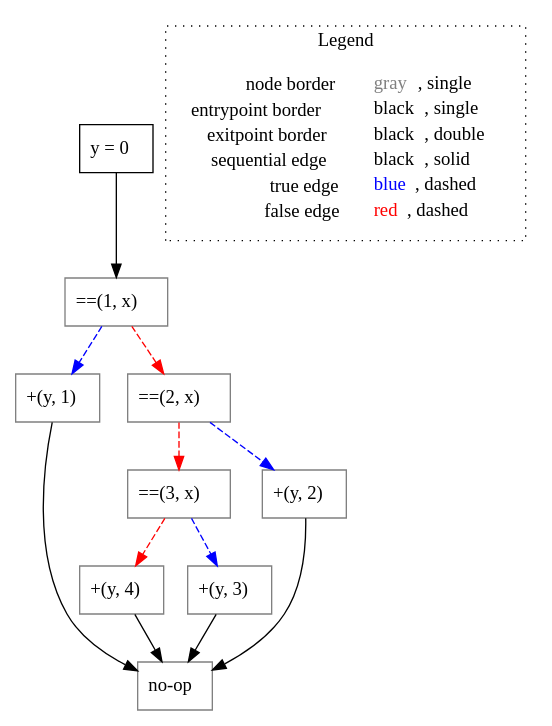
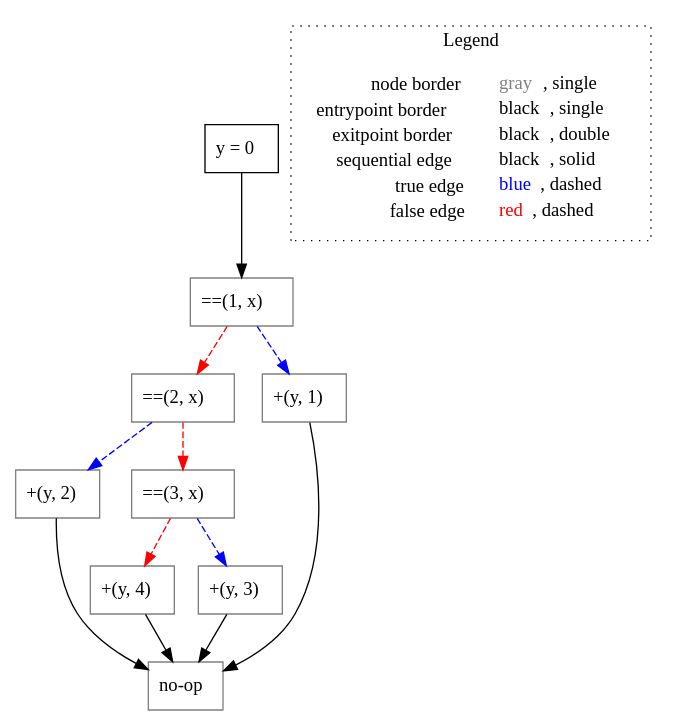
Before and after one commit to lisa-analyzer/go-lisa: the diagram in go-lisa/test-outputs/switch/untyped_simpleSwitchWithDefault2().dot, drawn with Graphviz. The commit also changed 10 other files, not shown here.

```diff
--- a/go-lisa/test-outputs/switch/untyped_simpleSwitchWithDefault2().dot
+++ b/go-lisa/test-outputs/switch/untyped_simpleSwitchWithDefault2().dot
@@ -1,29 +1,29 @@
 digraph {
 	"node0" [shape="rect",color="black",label=<y = 0>];
 	"node1" [shape="rect",color="gray",label=<+(y, 4)>];
-	"node2" [shape="rect",color="gray",label=<==(3, x)>];
-	"node3" [shape="rect",color="gray",label=<==(1, x)>];
-	"node4" [shape="rect",color="gray",label=<+(y, 2)>];
+	"node2" [shape="rect",color="gray",label=<+(y, 2)>];
+	"node3" [shape="rect",color="gray",label=<+(y, 3)>];
+	"node4" [shape="rect",color="gray",label=<==(3, x)>];
 	"node5" [shape="rect",color="gray",label=<no-op>];
-	"node6" [shape="rect",color="gray",label=<+(y, 1)>];
-	"node7" [shape="rect",color="gray",label=<==(2, x)>];
-	"node8" [shape="rect",color="gray",label=<+(y, 3)>];
-	"node0" -> "node3" [color="black"];
+	"node6" [shape="rect",color="gray",label=<==(2, x)>];
+	"node7" [shape="rect",color="gray",label=<+(y, 1)>];
+	"node8" [shape="rect",color="gray",label=<==(1, x)>];
 	"node1" -> "node5" [color="black"];
-	"node2" -> "node1" [color="red",style="dashed"];
-	"node2" -> "node8" [color="blue",style="dashed"];
-	"node3" -> "node6" [color="blue",style="dashed"];
-	"node3" -> "node7" [color="red",style="dashed"];
-	"node4" -> "node5" [color="black"];
-	"node6" -> "node5" [color="black"];
-	"node7" -> "node2" [color="red",style="dashed"];
-	"node7" -> "node4" [color="blue",style="dashed"];
-	"node8" -> "node5" [color="black"];
+	"node0" -> "node8" [color="black"];
+	"node2" -> "node5" [color="black"];
+	"node3" -> "node5" [color="black"];
+	"node4" -> "node1" [color="red",style="dashed"];
+	"node4" -> "node3" [color="blue",style="dashed"];
+	"node6" -> "node2" [color="blue",style="dashed"];
+	"node6" -> "node4" [color="red",style="dashed"];
+	"node7" -> "node5" [color="black"];
+	"node8" -> "node6" [color="red",style="dashed"];
+	"node8" -> "node7" [color="blue",style="dashed"];
 subgraph cluster_legend {
 	label="Legend";
 	style=dotted;
 	node [shape=plaintext];
 	"legend" [label=<<table border="0" cellpadding="2" cellspacing="0" cellborder="0"><tr><td align="right">node border&nbsp;</td><td align="left"><font color="gray">gray</font>, single</td></tr><tr><td align="right">entrypoint border&nbsp;</td><td align="left"><font color="black">black</font>, single</td></tr><tr><td align="right">exitpoint border&nbsp;</td><td align="left"><font color="black">black</font>, double</td></tr><tr><td align="right">sequential edge&nbsp;</td><td align="left"><font color="black">black</font>, solid</td></tr><tr><td align="right">true edge&nbsp;</td><td align="left"><font color="blue">blue</font>, dashed</td></tr><tr><td align="right">false edge&nbsp;</td><td align="left"><font color="red">red</font>, dashed</td></tr></table>>];
 }
 
 }
```
